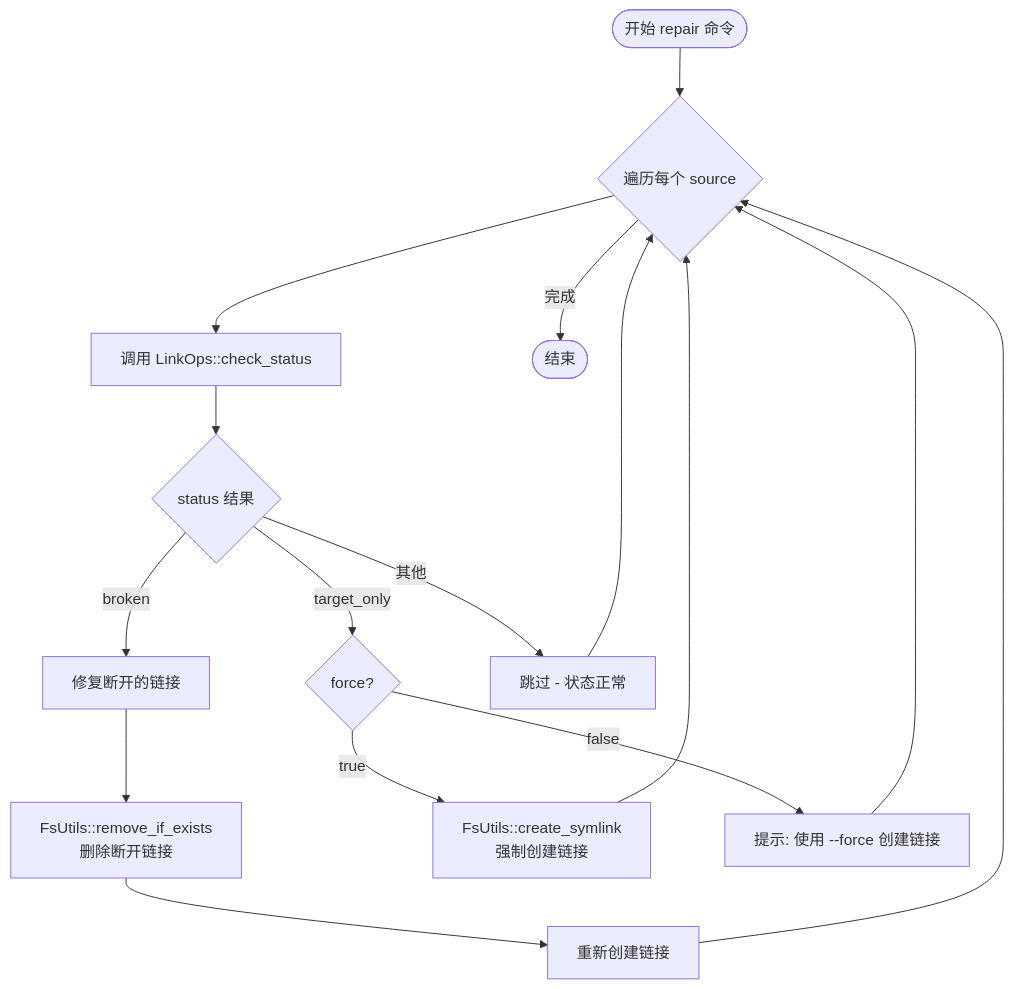
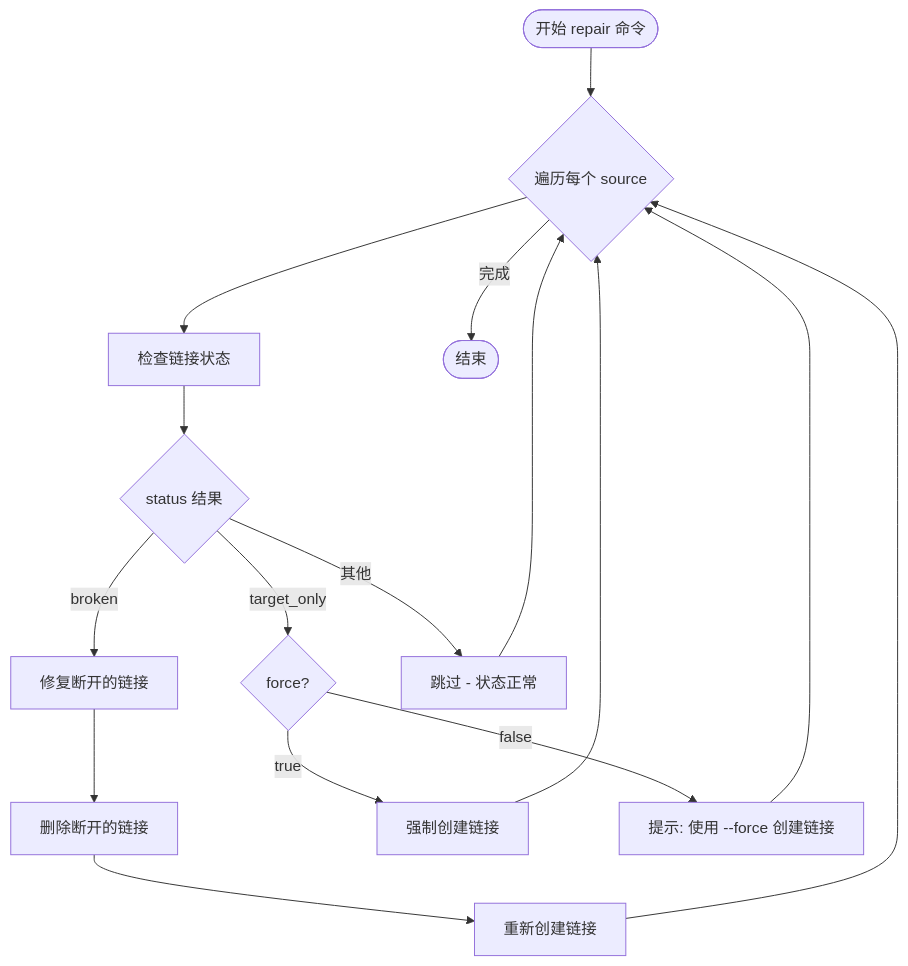
The sixth of 7 diagrams in docs/workflows.md (morning-start/link-disk), drawn with Mermaid before and after one commit. The commit also changed other lines of this file, not shown here.

First line of the commit message:
docs: 更新文档中的流程图和说明文本

````diff
--- a/docs/workflows.md
+++ b/docs/workflows.md
@@ -247,18 +247,18 @@
 ```mermaid
 flowchart TD
     START([开始 repair 命令]) --> FOR_EACH_SOURCE{遍历每个 source}
-    FOR_EACH_SOURCE --> CHECK_STATUS[调用 LinkOps::check_status]
+    FOR_EACH_SOURCE --> CHECK_STATUS[检查链接状态]
     CHECK_STATUS --> GET_STATUS{status 结果}
     GET_STATUS -->|broken| REPAIR_BROKEN[修复断开的链接]
     GET_STATUS -->|target_only| CHECK_FORCE{force?}
     GET_STATUS -->|其他| SKIP_STATUS[跳过 - 状态正常]
-    REPAIR_BROKEN --> REMOVE_BROKEN_LINK[FsUtils::remove_if_exists<br/>删除断开链接]
+    REPAIR_BROKEN --> REMOVE_BROKEN_LINK[删除断开的链接]
     REMOVE_BROKEN_LINK --> REPAIR_LINK[重新创建链接]
     REPAIR_LINK --> FOR_EACH_SOURCE
-    CHECK_FORCE -->|true| CREATE_LINK_FORCE[FsUtils::create_symlink<br/>强制创建链接]
+    CHECK_FORCE -->|true| CREATE_LINK_FORCE[强制创建链接]
     CHECK_FORCE -->|false| PRINT_FORCE_HINT[提示: 使用 --force 创建链接]
     CREATE_LINK_FORCE --> FOR_EACH_SOURCE
     PRINT_FORCE_HINT --> FOR_EACH_SOURCE
     SKIP_STATUS --> FOR_EACH_SOURCE
     FOR_EACH_SOURCE -->|完成| END([结束])
 ```
````
